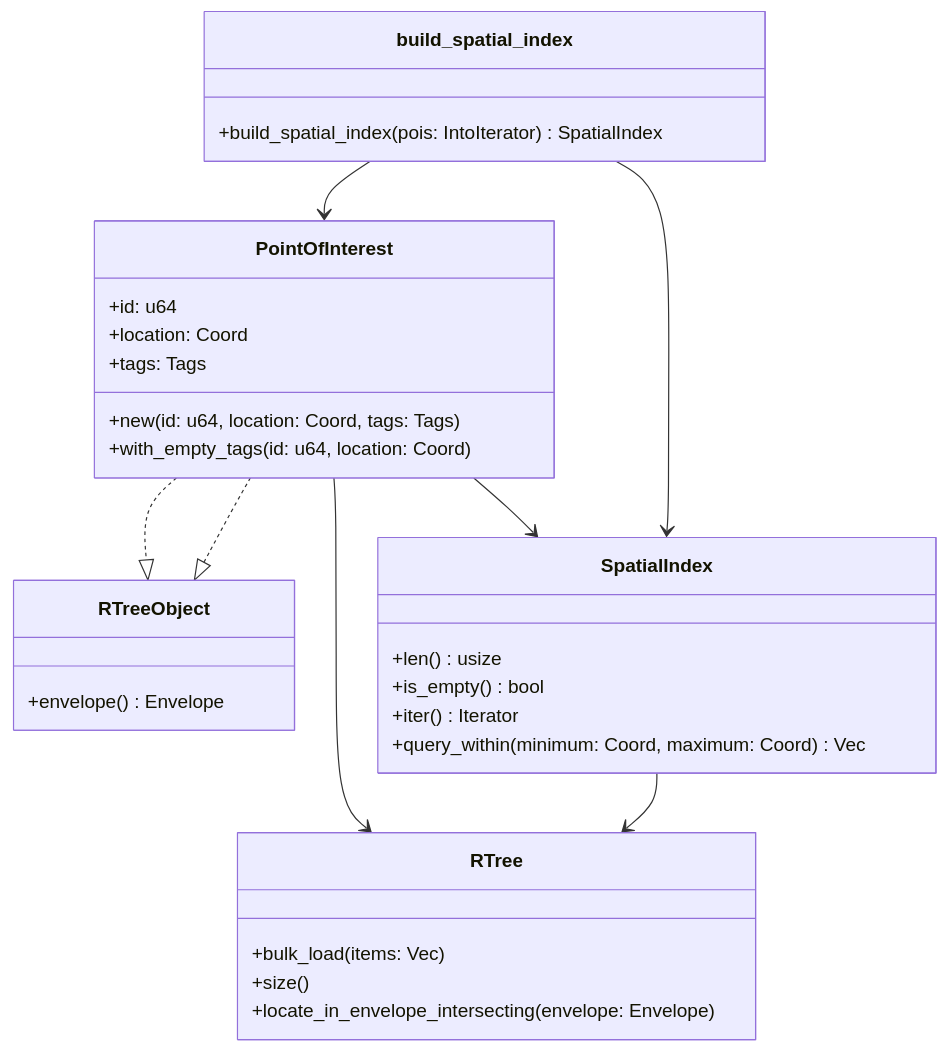
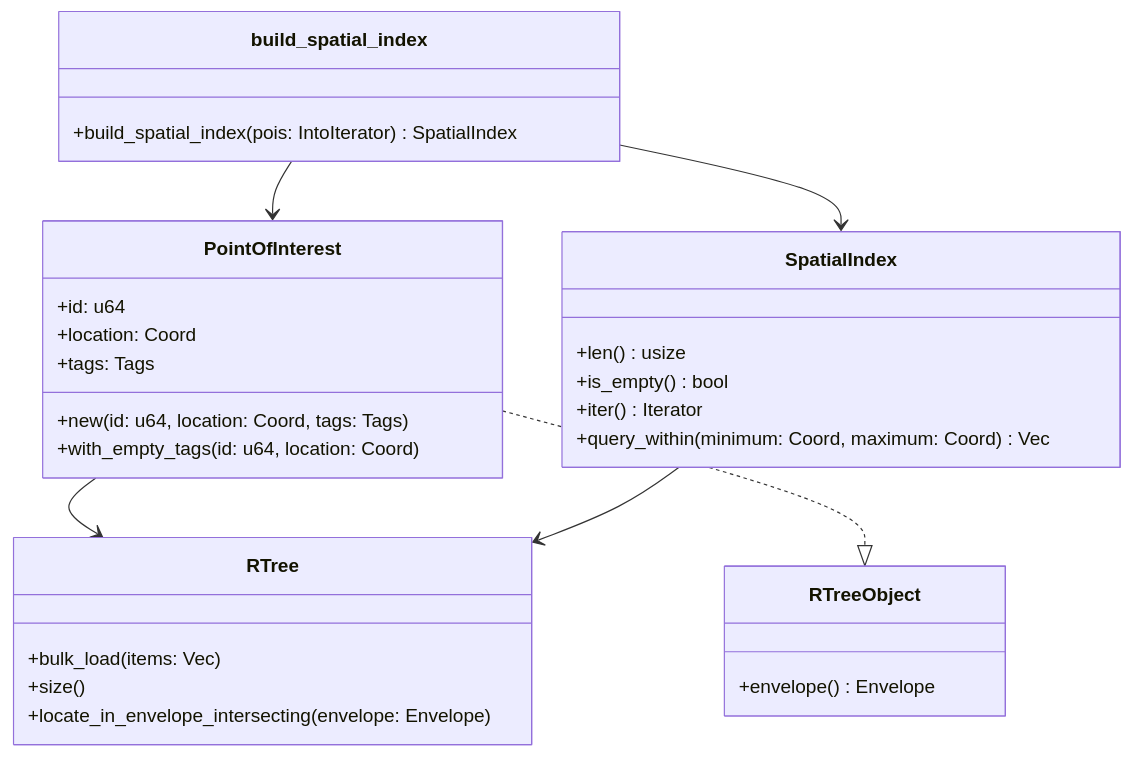
One commit to leynos/wildside-engine changed the first of 3 diagrams in docs/wildside-engine-design/01-introduction.md. Above: the diagram before and after it, drawn with Mermaid. The commit also changed other lines of this file and 18 other files, not shown here.

````diff
--- a/docs/wildside-engine-design/01-introduction.md
+++ b/docs/wildside-engine-design/01-introduction.md
@@ -110,34 +110,32 @@
 ```mermaid
 classDiagram
     class PointOfInterest {
         +id: u64
         +location: Coord
         +tags: Tags
         +new(id: u64, location: Coord, tags: Tags)
         +with_empty_tags(id: u64, location: Coord)
     }
     PointOfInterest ..|> RTreeObject
-    RTreeObject <|.. PointOfInterest
     class RTreeObject {
         +envelope() Envelope
     }
     class RTree {
         +bulk_load(items: Vec<T>)
         +size()
         +locate_in_envelope_intersecting(envelope: Envelope)
     }
     PointOfInterest --> RTree
     class SpatialIndex {
         +len() usize
         +is_empty() bool
         +iter() Iterator<PointOfInterest>
         +query_within(minimum: Coord, maximum: Coord) Vec<PointOfInterest>
     }
     SpatialIndex --> RTree
-    PointOfInterest --> SpatialIndex
     class build_spatial_index {
         +build_spatial_index(pois: IntoIterator<PointOfInterest>) SpatialIndex
     }
     build_spatial_index --> SpatialIndex
     build_spatial_index --> PointOfInterest
 ```
````
